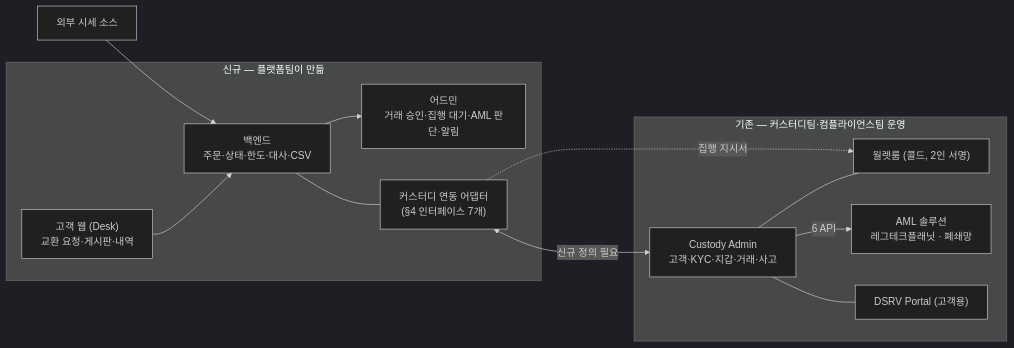
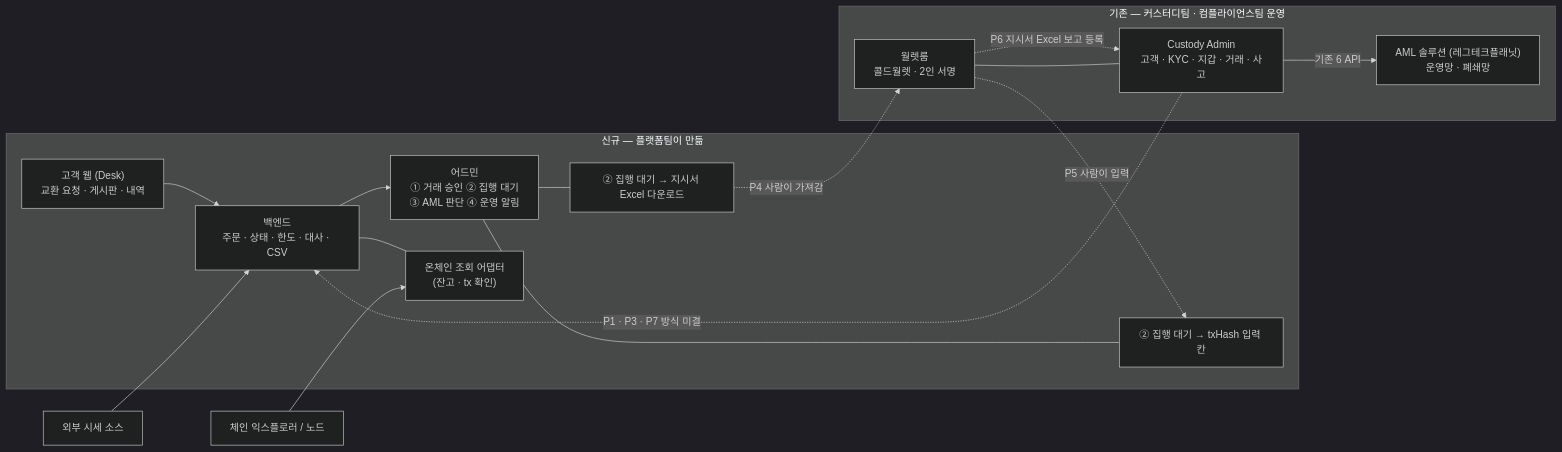
The second of 7 diagrams in drafts/36_플랫폼_커스터디_연동_범위_설명자료.md (dsrvlabs/dsrv-desk), drawn with Mermaid (dark theme) before and after one commit. The commit also changed other lines of this file and 1 other file, not shown here.

Commit message:
drafts/36 v2: 주고받는 방식 확정 4건 반영(지시서 Excel·txHash 입력·온체인 잔고 직접 조회·AML 보고 데이터 미제공), API 후보 7→3 · drafts/35 헤더에 v2 결정 메모

````diff
--- a/drafts/36_플랫폼_커스터디_연동_범위_설명자료.md
+++ b/drafts/36_플랫폼_커스터디_연동_범위_설명자료.md
@@ -68,23 +69,28 @@
 ```mermaid
 flowchart LR
   subgraph NEW["신규 — 플랫폼팀이 만듦"]
-    DESK["고객 웹 (Desk)<br/>교환 요청·게시판·내역"]
-    ADM["어드민<br/>거래 승인·집행 대기·AML 판단·알림"]
-    CORE["백엔드<br/>주문·상태·한도·대사·CSV"]
-    ADP["커스터디 연동 어댑터<br/>(§4 인터페이스 7개)"]
+    DESK["고객 웹 (Desk)<br/>교환 요청 · 게시판 · 내역"]
+    ADM["어드민<br/>① 거래 승인 ② 집행 대기<br/>③ AML 판단 ④ 운영 알림"]
+    CORE["백엔드<br/>주문 · 상태 · 한도 · 대사 · CSV"]
+    XLS["② 집행 대기 → 지시서 Excel 다운로드"]
+    TXI["② 집행 대기 → txHash 입력 칸"]
+    CHAIN["온체인 조회 어댑터<br/>(잔고 · tx 확인)"]
     DESK --> CORE --> ADM
-    CORE --- ADP
+    ADM --- XLS
+    ADM --- TXI
+    CORE --- CHAIN
   end
-  subgraph AS_IS["기존 — 커스터디팀·컴플라이언스팀 운영"]
-    CADM["Custody Admin<br/>고객·KYC·지갑·거래·사고"]
-    WR["월렛룸 (콜드, 2인 서명)"]
-    AML["AML 솔루션<br/>레그테크플래닛 · 폐쇄망"]
-    PORTAL["DSRV Portal (고객용)"]
-    CADM -->|"6 API"| AML
+  subgraph ASIS["기존 — 커스터디팀 · 컴플라이언스팀 운영"]
+    CADM["Custody Admin<br/>고객 · KYC · 지갑 · 거래 · 사고"]
+    WR["월렛룸<br/>콜드월렛 · 2인 서명"]
+    AML["AML 솔루션 (레그테크플래닛)<br/>운영망 · 폐쇄망"]
+    CADM -->|"기존 6 API"| AML
     CADM --- WR
-    CADM --- PORTAL
   end
+  EXP["체인 익스플로러 / 노드"] --> CHAIN
   PRICE["외부 시세 소스"] --> CORE
-  ADP <-->|"신규 정의 필요"| CADM
-  ADP -.->|"집행 지시서"| WR
+  XLS -.->|"P4 사람이 가져감"| WR
+  WR -.->|"P5 사람이 입력"| TXI
+  WR -.->|"P6 지시서 Excel 보고 등록"| CADM
+  CADM -.->|"P1 · P3 · P7 방식 미결"| CORE
 ```
````
